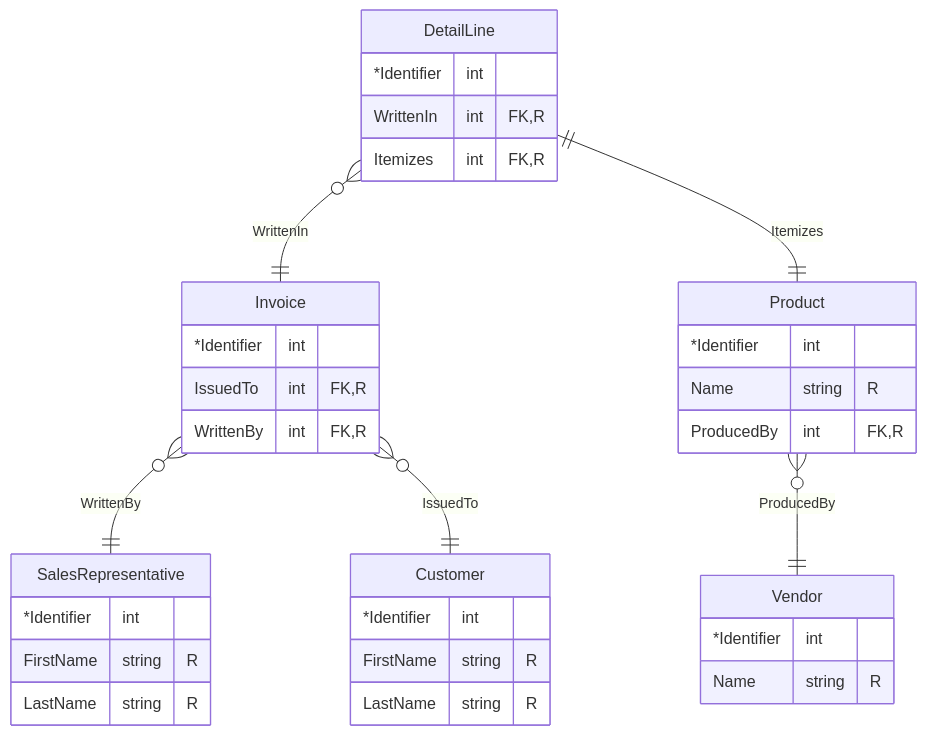
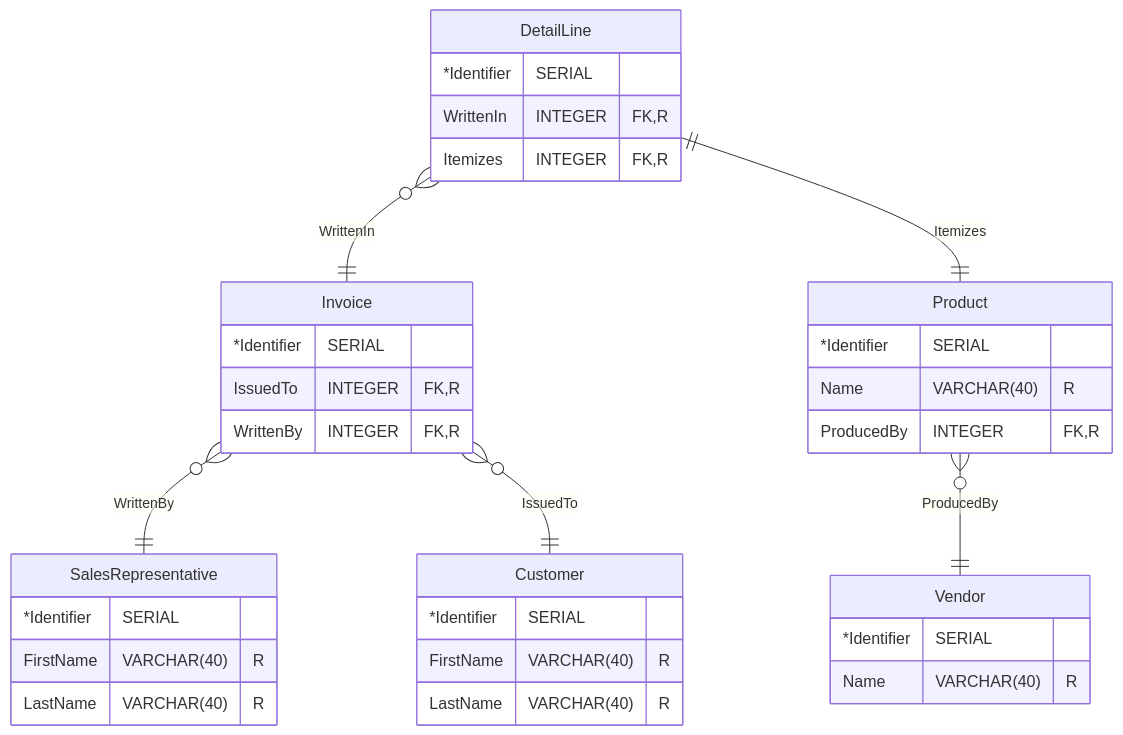
One commit to oridim/ds220-group-project changed the second of 2 diagrams in README.md. Above: the diagram before and after it, drawn with Mermaid.

Commit message:
refactor: mapped entity tables to Postgres data types

````diff
--- a/README.md
+++ b/README.md
@@ -88,43 +88,43 @@
 ```mermaid
 erDiagram
     SalesRepresentative {
-        *Identifier int
-        FirstName string "R"
-        LastName string "R"
+        *Identifier SERIAL
+        FirstName VARCHAR(40) "R"
+        LastName VARCHAR(40) "R"
     }
 
     Customer {
-        *Identifier int
-        FirstName string "R"
-        LastName string "R"
+        *Identifier SERIAL
+        FirstName VARCHAR(40) "R"
+        LastName VARCHAR(40) "R"
     }
 
     Invoice {
-        *Identifier int
-        IssuedTo int "FK,R"
-        WrittenBy int "FK,R"
+        *Identifier SERIAL
+        IssuedTo INTEGER "FK,R"
+        WrittenBy INTEGER "FK,R"
     }
 
     DetailLine {
-        *Identifier int
-        WrittenIn int "FK,R"
-        Itemizes int "FK,R"
+        *Identifier SERIAL
+        WrittenIn INTEGER "FK,R"
+        Itemizes INTEGER "FK,R"
     }
 
     Product {
-        *Identifier int
-        Name string "R"
-        ProducedBy int "FK,R"
+        *Identifier SERIAL
+        Name VARCHAR(40) "R"
+        ProducedBy INTEGER "FK,R"
     }
 
     Vendor {
-        *Identifier int
-        Name string "R"
+        *Identifier SERIAL
+        Name VARCHAR(40) "R"
     }
 
     Invoice }o--|| SalesRepresentative: WrittenBy
     Invoice }o--|| Customer: IssuedTo
     DetailLine }o--|| Invoice: WrittenIn
     DetailLine ||--|| Product: Itemizes
     Product }o--|| Vendor: ProducedBy
 ```
````
